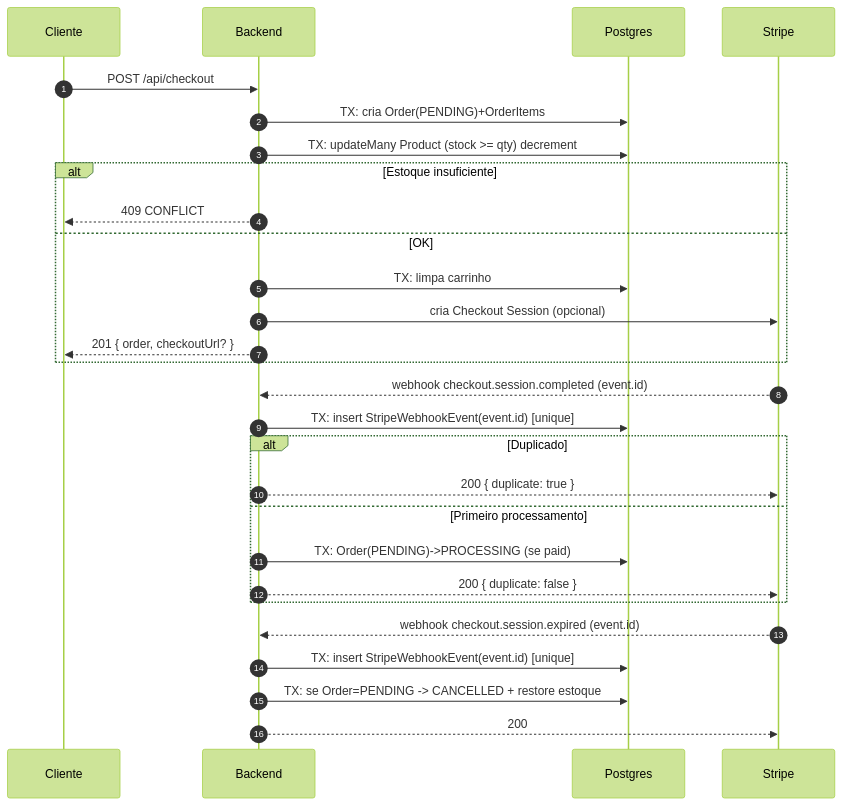
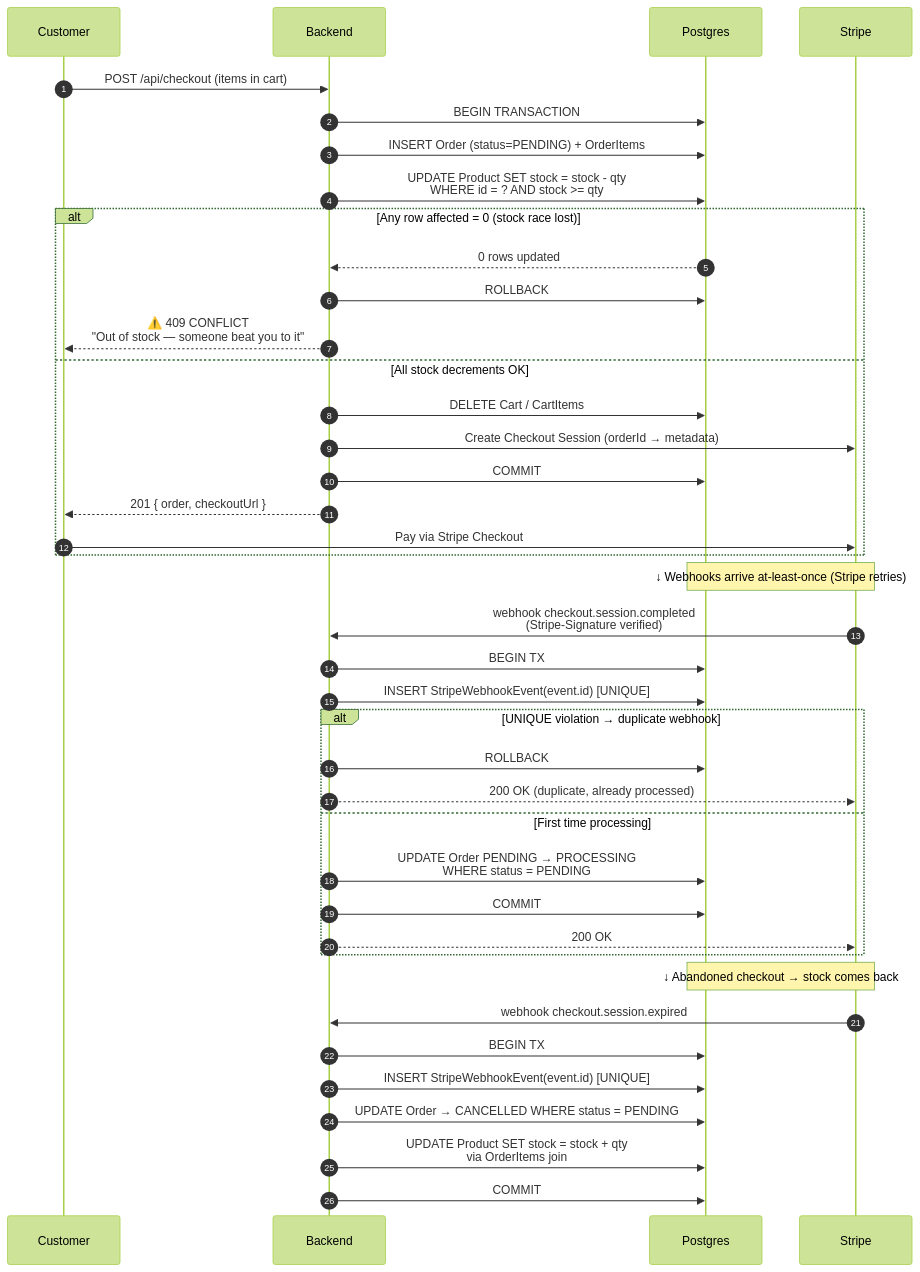
One commit to asyncisaac/ecommerce-monorepo changed the second of 2 diagrams in README.md. Above: the diagram before and after it, drawn with Mermaid (forest theme). The commit also changed other lines of this file, not shown here.

Commit message:
docs: rewrite README professionally in English. Add architecture, engineering decisions & test coverage sections.

````diff
--- a/README.md
+++ b/README.md
@@ -136,33 +83,47 @@
 ```mermaid
 sequenceDiagram
-  autonumber
-  participant C as Cliente
-  participant API as Backend
-  participant DB as Postgres
-  participant S as Stripe
+    autonumber
+    participant C as Customer
+    participant API as Backend
+    participant DB as Postgres
+    participant S as Stripe
 
-  C->>API: POST /api/checkout
-  API->>DB: TX: cria Order(PENDING)+OrderItems
-  API->>DB: TX: updateMany Product (stock >= qty) decrement
-  alt Estoque insuficiente
-    API-->>C: 409 CONFLICT
-  else OK
-    API->>DB: TX: limpa carrinho
-    API->>S: cria Checkout Session (opcional)
-    API-->>C: 201 { order, checkoutUrl? }
-  end
+    C->>API: POST /api/checkout (items in cart)
+    API->>DB: BEGIN TRANSACTION
+    API->>DB: INSERT Order (status=PENDING) + OrderItems
+    API->>DB: UPDATE Product SET stock = stock - qty<br/>WHERE id = ? AND stock >= qty
+    alt Any row affected = 0 (stock race lost)
+        DB-->>API: 0 rows updated
+        API->>DB: ROLLBACK
+        API-->>C: ⚠️ 409 CONFLICT<br/>"Out of stock — someone beat you to it"
+    else All stock decrements OK
+        API->>DB: DELETE Cart / CartItems
+        API->>S: Create Checkout Session (orderId → metadata)
+        API->>DB: COMMIT
+        API-->>C: 201 { order, checkoutUrl }
+        C->>S: Pay via Stripe Checkout
+    end
 
-  S-->>API: webhook checkout.session.completed (event.id)
-  API->>DB: TX: insert StripeWebhookEvent(event.id) [unique]
-  alt Duplicado
-    API-->>S: 200 { duplicate: true }
-  else Primeiro processamento
-    API->>DB: TX: Order(PENDING)->PROCESSING (se paid)
-    API-->>S: 200 { duplicate: false }
-  end
+    Note over S,DB: ↓ Webhooks arrive at-least-once (Stripe retries)
 
-  S-->>API: webhook checkout.session.expired (event.id)
-  API->>DB: TX: insert StripeWebhookEvent(event.id) [unique]
-  API->>DB: TX: se Order=PENDING -> CANCELLED + restore estoque
-  API-->>S: 200
+    S->>API: webhook checkout.session.completed<br/>(Stripe-Signature verified)
+    API->>DB: BEGIN TX
+    API->>DB: INSERT StripeWebhookEvent(event.id) [UNIQUE]
+    alt UNIQUE violation → duplicate webhook
+        API->>DB: ROLLBACK
+        API-->>S: 200 OK (duplicate, already processed)
+    else First time processing
+        API->>DB: UPDATE Order PENDING → PROCESSING<br/>WHERE status = PENDING
+        API->>DB: COMMIT
+        API-->>S: 200 OK
+    end
+
+    Note over S,DB: ↓ Abandoned checkout → stock comes back
+
+    S->>API: webhook checkout.session.expired
+    API->>DB: BEGIN TX
+    API->>DB: INSERT StripeWebhookEvent(event.id) [UNIQUE]
+    API->>DB: UPDATE Order → CANCELLED WHERE status = PENDING
+    API->>DB: UPDATE Product SET stock = stock + qty<br/>via OrderItems join
+    API->>DB: COMMIT
 ```
````
